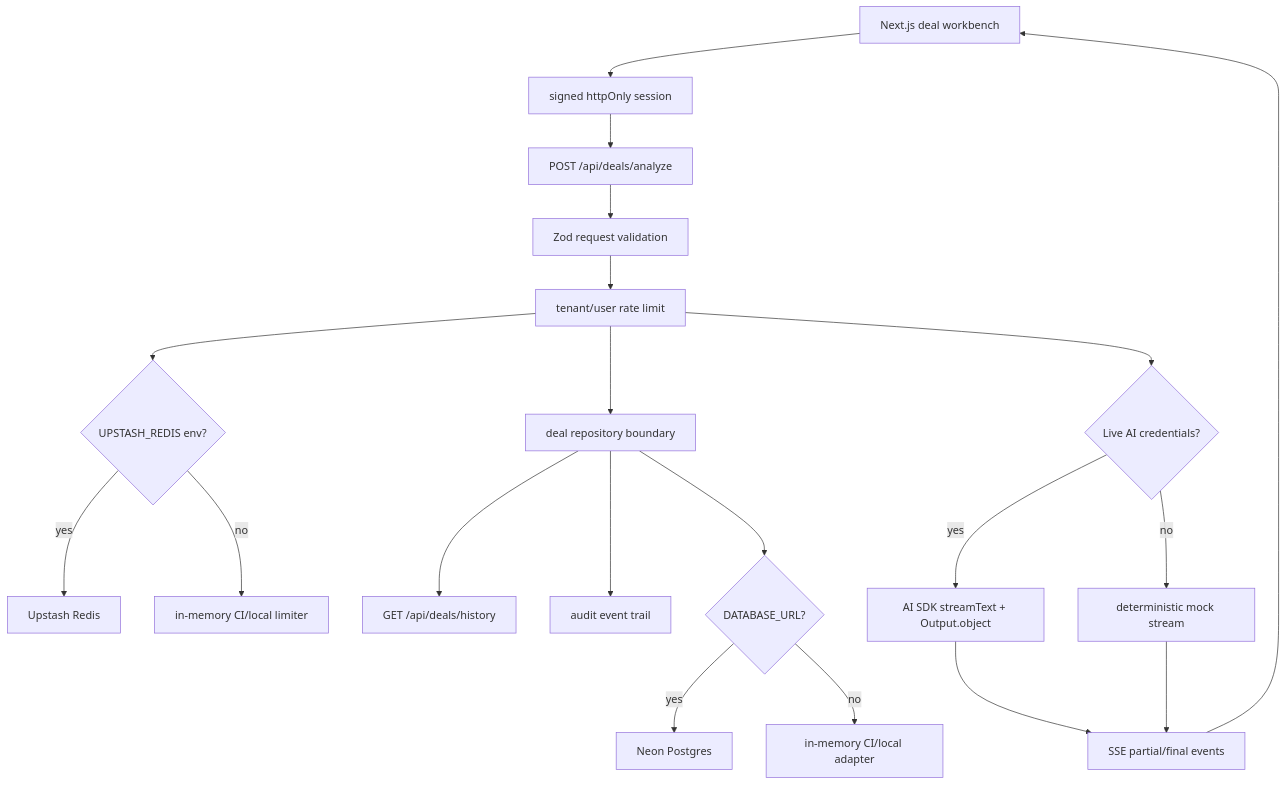
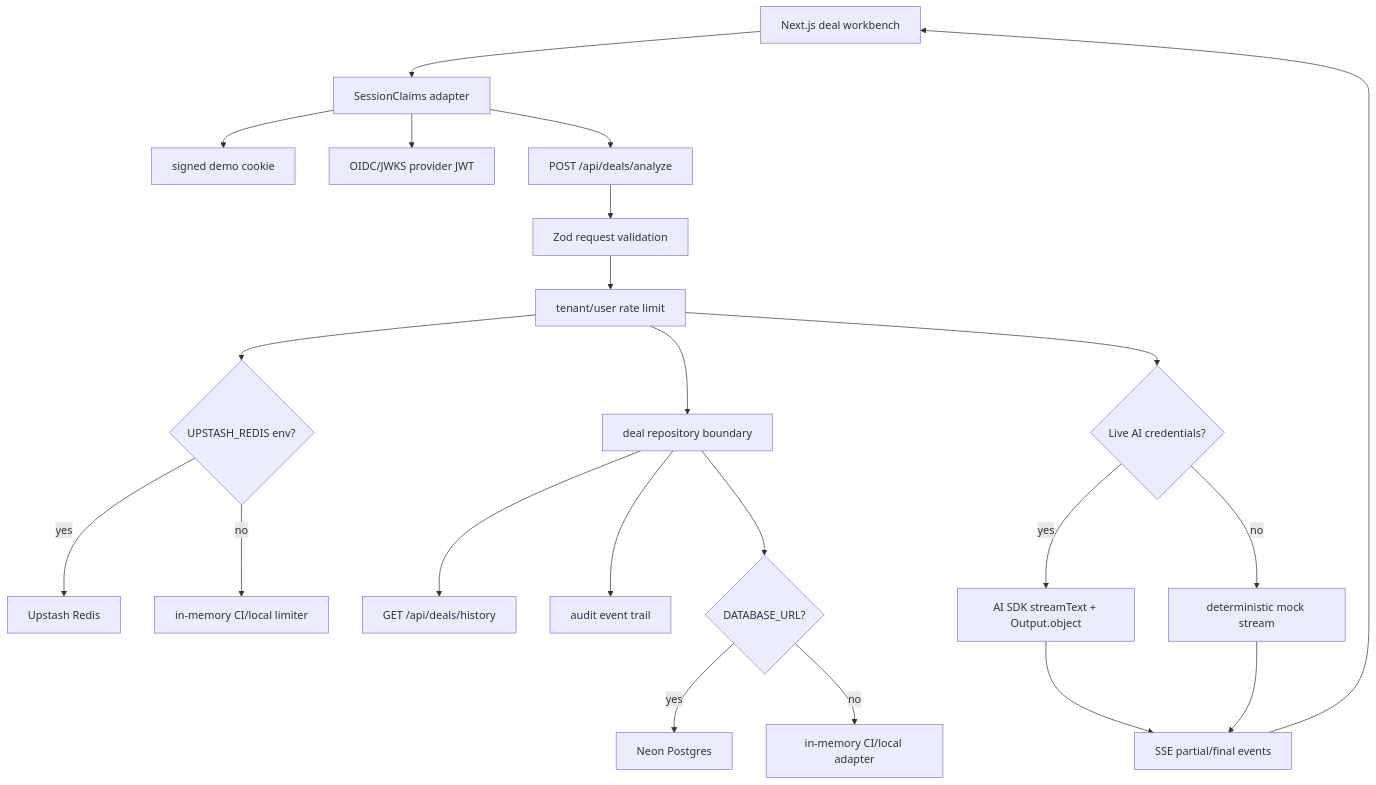
One commit to codejupiter/revassist changed the second of 3 diagrams in docs/ARCHITECTURE.md. Above: the diagram before and after it, drawn with Mermaid. The commit also changed other lines of this file and 13 other files, not shown here.

Commit message:
feat: add revassist managed auth adapter

````diff
--- a/docs/ARCHITECTURE.md
+++ b/docs/ARCHITECTURE.md
@@ -43,22 +43,24 @@
 ```mermaid
 flowchart TD
-  Client["Next.js deal workbench"] --> Auth["signed httpOnly session"]
+  Client["Next.js deal workbench"] --> Auth["SessionClaims adapter"]
+  Auth --> DemoAuth["signed demo cookie"]
+  Auth --> ManagedAuth["OIDC/JWKS provider JWT"]
   Auth --> API["POST /api/deals/analyze"]
   API --> Schema["Zod request validation"]
   Schema --> Rate["tenant/user rate limit"]
   Rate --> RateStore{"UPSTASH_REDIS env?"}
   RateStore -->|yes| Redis["Upstash Redis"]
   RateStore -->|no| MemoryRate["in-memory CI/local limiter"]
   Rate --> Repo["deal repository boundary"]
   Rate --> Mode{"Live AI credentials?"}
   Mode -->|yes| AISDK["AI SDK streamText + Output.object"]
   Mode -->|no| Mock["deterministic mock stream"]
   AISDK --> SSE["SSE partial/final events"]
   Mock --> SSE
   SSE --> Client
   Repo --> History["GET /api/deals/history"]
   Repo --> Audit["audit event trail"]
   Repo --> Store{"DATABASE_URL?"}
   Store -->|yes| Postgres["Neon Postgres"]
   Store -->|no| Memory["in-memory CI/local adapter"]
 ```
````
